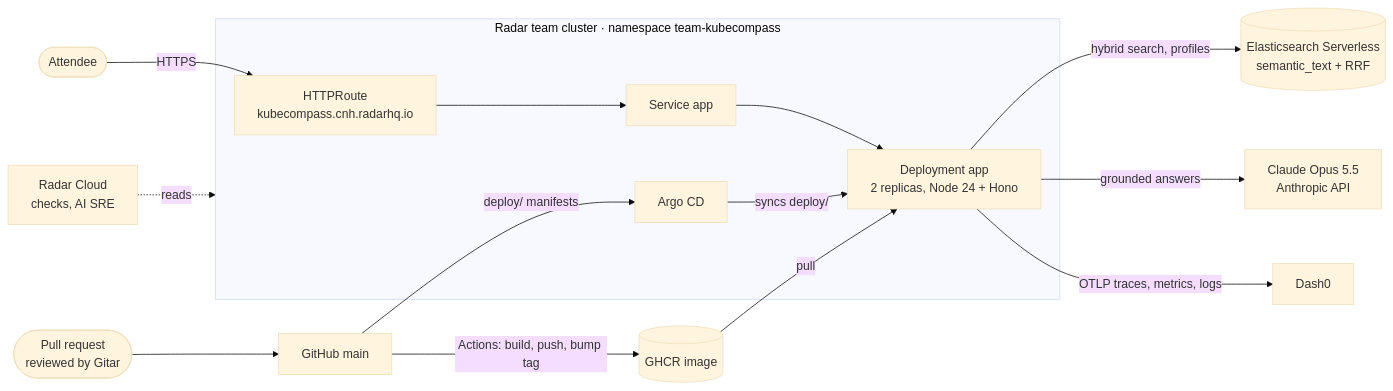
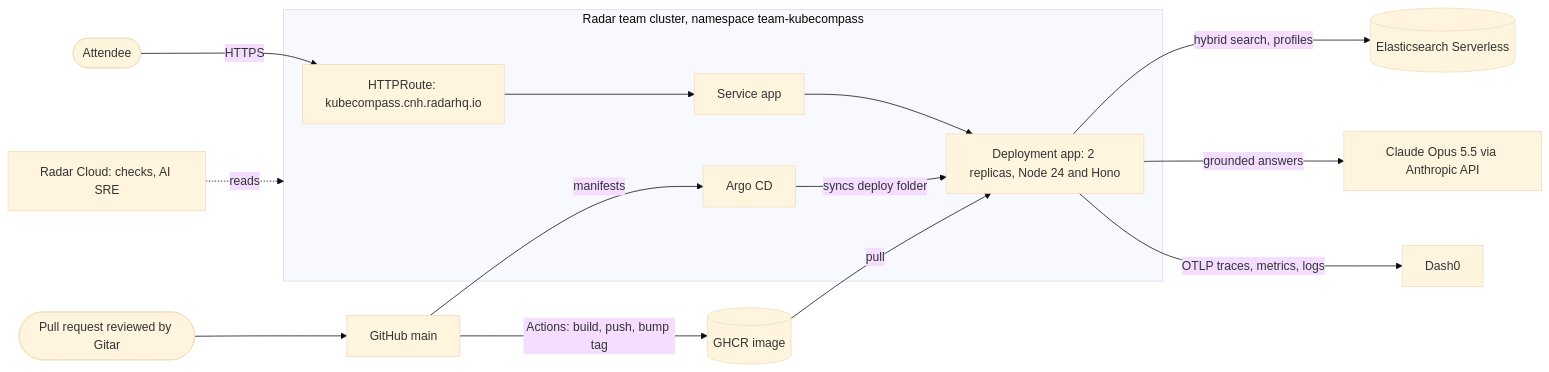
The diagram in README.md (cristiancc123/kubecompass), drawn with Mermaid (base theme) before and after one commit.

Commit message:
Quote every Mermaid label so GitHub renders the architecture diagram

````diff
--- a/README.md
+++ b/README.md
@@ -23,16 +23,17 @@
 ```mermaid
 flowchart LR
-  user([Attendee]) -->|HTTPS| route[HTTPRoute<br/>kubecompass.cnh.radarhq.io]
-  subgraph cluster["Radar team cluster · namespace team-kubecompass"]
-    route --> svc[Service app] --> pods["Deployment app<br/>2 replicas, Node 24 + Hono"]
-    argo[Argo CD] -->|syncs deploy/| pods
+  user(["Attendee"]) -->|"HTTPS"| route["HTTPRoute: kubecompass.cnh.radarhq.io"]
+  subgraph cluster["Radar team cluster, namespace team-kubecompass"]
+    route --> svc["Service app"]
+    svc --> pods["Deployment app: 2 replicas, Node 24 and Hono"]
+    argo["Argo CD"] -->|"syncs deploy folder"| pods
   end
-  pods -->|hybrid search, profiles| es[(Elasticsearch Serverless<br/>semantic_text + RRF)]
-  pods -->|grounded answers| claude[Claude Opus 5.5<br/>Anthropic API]
-  pods -->|OTLP traces, metrics, logs| dash0[Dash0]
-  pr([Pull request<br/>reviewed by Gitar]) --> gh[GitHub main]
-  gh -->|Actions: build, push, bump tag| ghcr[(GHCR image)]
-  gh -->|deploy/ manifests| argo
-  ghcr -->|pull| pods
-  radar[Radar Cloud<br/>checks, AI SRE] -.->|reads| cluster
+  pods -->|"hybrid search, profiles"| es[("Elasticsearch Serverless")]
+  pods -->|"grounded answers"| claude["Claude Opus 5.5 via Anthropic API"]
+  pods -->|"OTLP traces, metrics, logs"| dash0["Dash0"]
+  pr(["Pull request reviewed by Gitar"]) --> gh["GitHub main"]
+  gh -->|"Actions: build, push, bump tag"| ghcr[("GHCR image")]
+  gh -->|"manifests"| argo
+  ghcr -->|"pull"| pods
+  radar["Radar Cloud: checks, AI SRE"] -.->|"reads"| cluster
 ```
````
